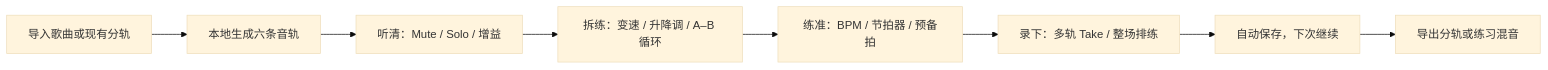
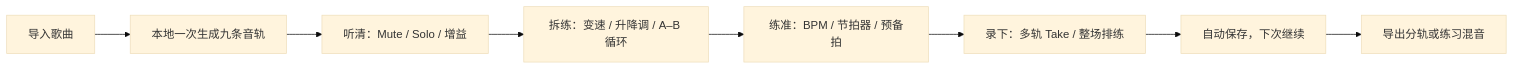
The diagram in README.md (KianaMirayi/BandBuddy), drawn with Mermaid (base theme) before and after one commit. The commit also changed other lines of this file and 91 other files, not shown here.

````diff
--- a/README.md
+++ b/README.md
@@ -21,10 +21,10 @@
 ```mermaid
 flowchart LR
-  A["导入歌曲或现有分轨"] --> B["本地生成六条音轨"]
+  A["导入歌曲"] --> B["本地一次生成九条音轨"]
   B --> C["听清：Mute / Solo / 增益"]
   C --> D["拆练：变速 / 升降调 / A–B 循环"]
   D --> E["练准：BPM / 节拍器 / 预备拍"]
   E --> F["录下：多轨 Take / 整场排练"]
   F --> G["自动保存，下次继续"]
   G --> H["导出分轨或练习混音"]
 ```
````
